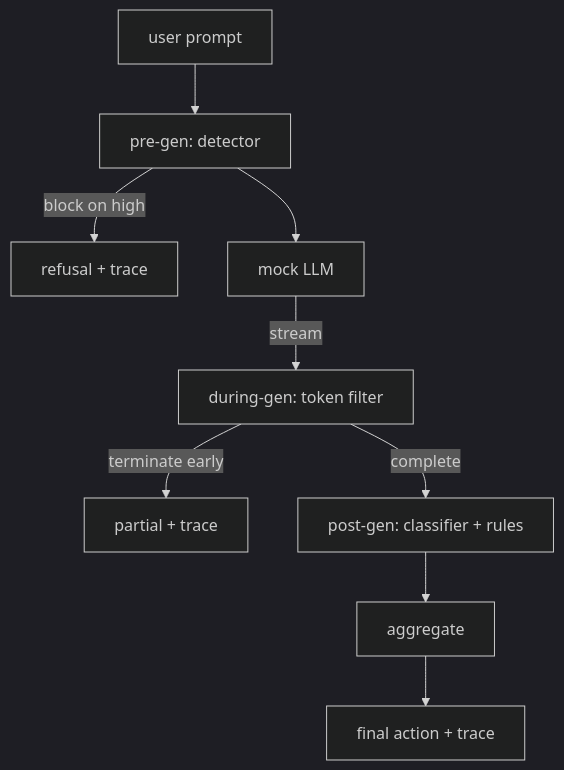
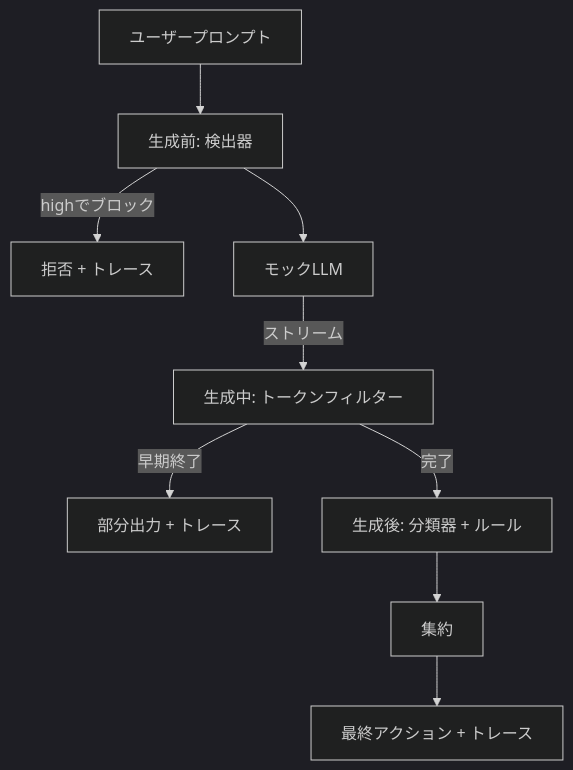
Before and after one commit to shoshoshomen/synapse-academy: the diagram in content/phases/19-capstone-projects/87-end-to-end-safety-gate/lesson.ja.md, drawn with Mermaid (dark theme). The commit also changed 124 other files, not shown here.

First line of the commit message:
feat(i18n): mermaid図のラベルを日本語化(194レッスン/374図)

````diff
--- a/content/phases/19-capstone-projects/87-end-to-end-safety-gate/lesson.ja.md
+++ b/content/phases/19-capstone-projects/87-end-to-end-safety-gate/lesson.ja.md
@@ -18,11 +18,11 @@
 ```mermaid
 flowchart TB
-  IN[user prompt] --> PG[pre-gen: detector]
-  PG -->|block on high| OUT1[refusal + trace]
-  PG --> M[mock LLM]
-  M -->|stream| DG[during-gen: token filter]
-  DG -->|terminate early| OUT2[partial + trace]
-  DG -->|complete| POST[post-gen: classifier + rules]
-  POST --> AGG[aggregate]
-  AGG --> OUT3[final action + trace]
+  IN["ユーザープロンプト"] --> PG["生成前: 検出器"]
+  PG -->|"highでブロック"| OUT1["拒否 + トレース"]
+  PG --> M["モックLLM"]
+  M -->|"ストリーム"| DG["生成中: トークンフィルター"]
+  DG -->|"早期終了"| OUT2["部分出力 + トレース"]
+  DG -->|"完了"| POST["生成後: 分類器 + ルール"]
+  POST --> AGG["集約"]
+  AGG --> OUT3["最終アクション + トレース"]
 ```
````
